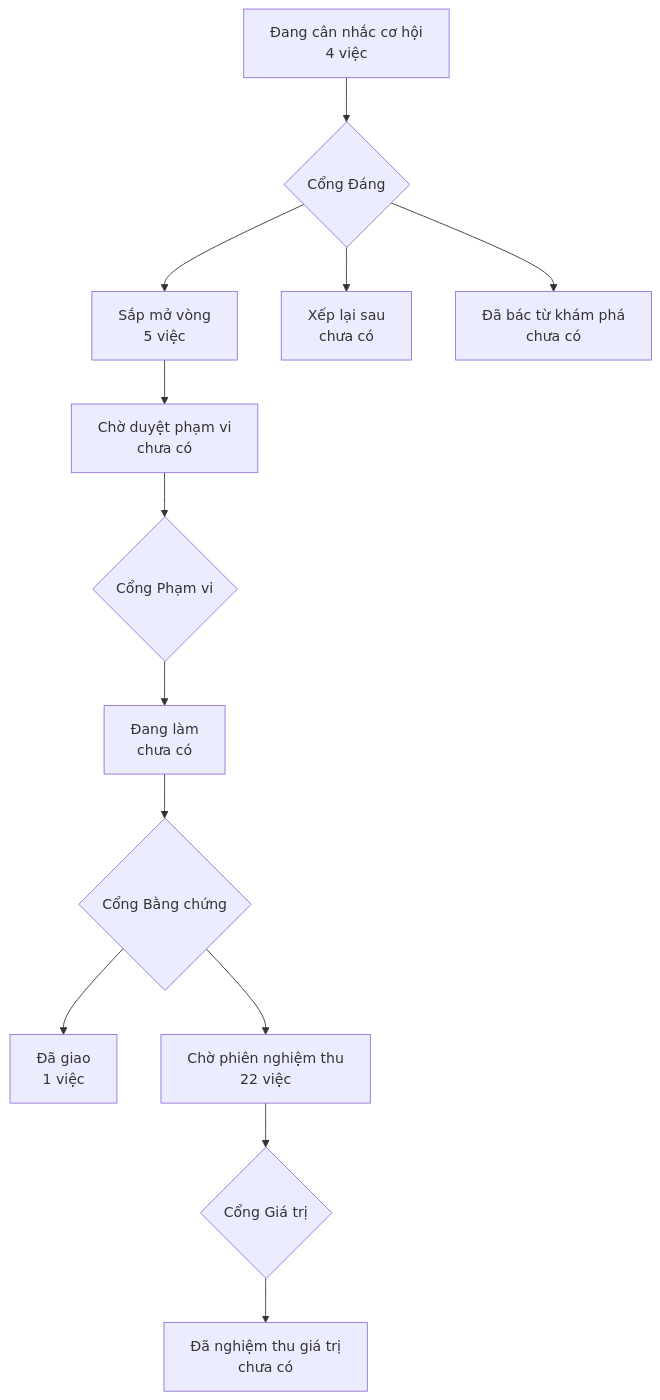
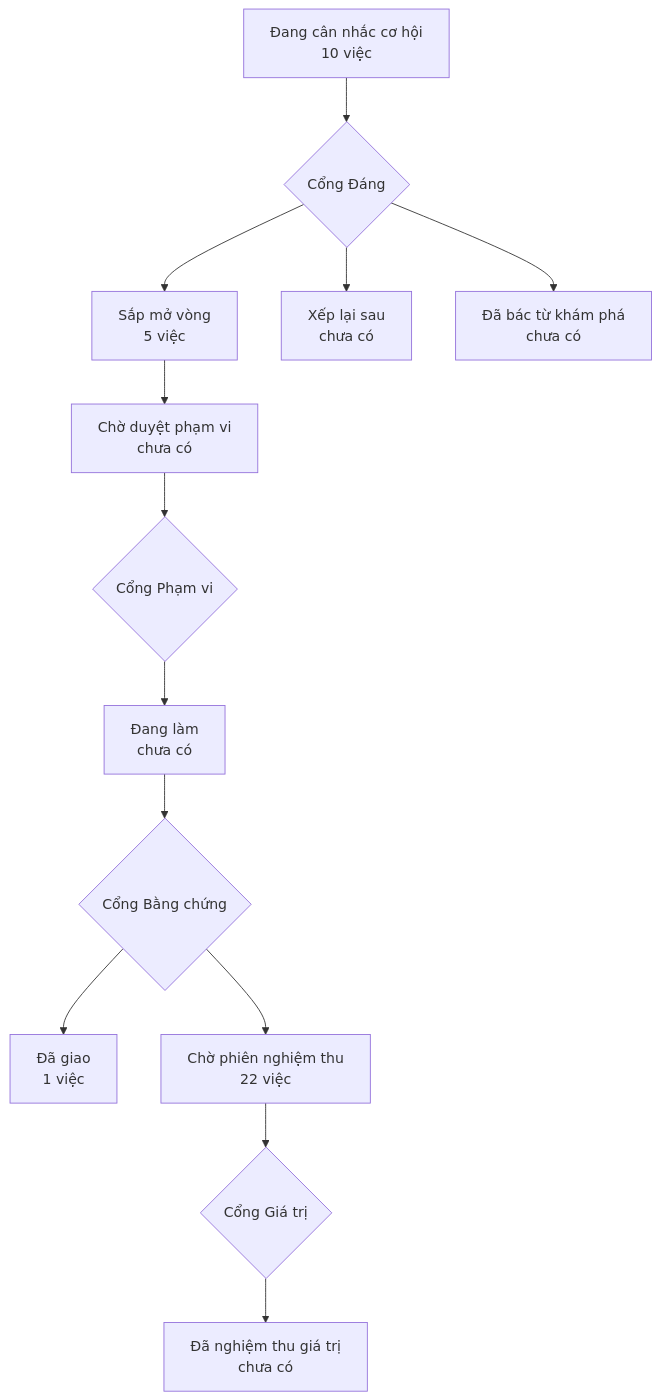
Before and after one commit to phanlemanh/onehub-inventory: the diagram in PRODUCT-MAP.md, drawn with Mermaid. The commit also changed other lines of this file and 15 other files, not shown here.

First line of the commit message:
docs(plan): draft roadmap rows 2c, 2d, 1s, 7b, 7c, 7d and their decision cells

````diff
--- a/PRODUCT-MAP.md
+++ b/PRODUCT-MAP.md
@@ -7,12 +7,12 @@
 ```mermaid
 flowchart TD
-  A["Đang cân nhắc cơ hội<br/>4 việc"] --> GD{"Cổng Đáng"}
+  A["Đang cân nhắc cơ hội<br/>10 việc"] --> GD{"Cổng Đáng"}
   GD --> B["Sắp mở vòng<br/>5 việc"]
   GD --> XL["Xếp lại sau<br/>chưa có"]
   GD --> DB["Đã bác từ khám phá<br/>chưa có"]
   B --> CD["Chờ duyệt phạm vi<br/>chưa có"] --> GP{"Cổng Phạm vi"}
   GP --> DL["Đang làm<br/>chưa có"] --> GB{"Cổng Bằng chứng"}
   GB --> DG["Đã giao<br/>1 việc"]
   GB --> CN["Chờ phiên nghiệm thu<br/>22 việc"] --> GG{"Cổng Giá trị"}
   GG --> NT["Đã nghiệm thu giá trị<br/>chưa có"]
 ```
````
